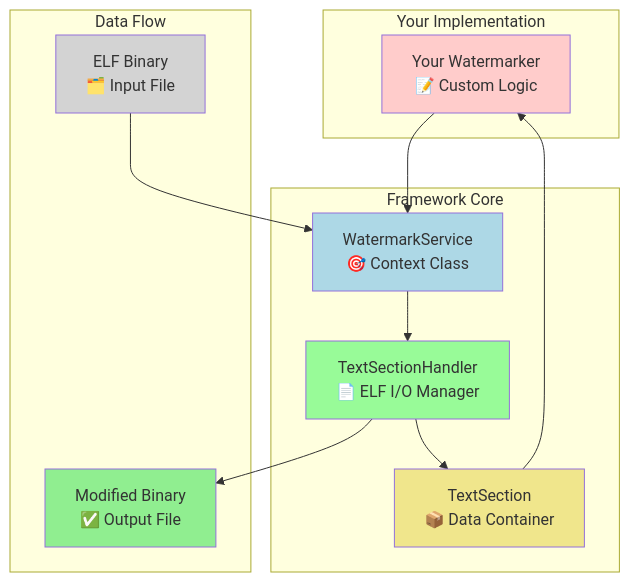
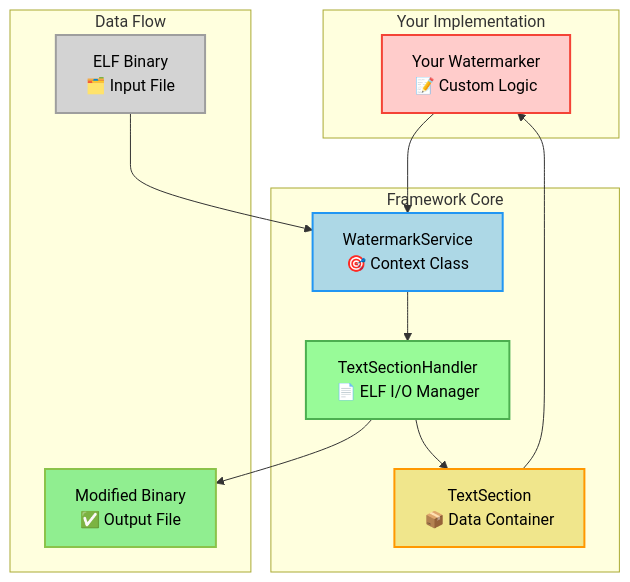
The second of 3 diagrams in docs/HowToWatermarker.md (ylab-nsu/ws25-watermark), drawn with Mermaid before and after one commit. The commit also changed other lines of this file and 2 other files, not shown here.

````diff
--- a/docs/HowToWatermarker.md
+++ b/docs/HowToWatermarker.md
@@ -44,31 +48,37 @@
 ```mermaid
 graph TD
     subgraph "Your Implementation"
         YW[Your Watermarker<br/>📝 Custom Logic]
     end
     
     subgraph "Framework Core"
         WS[WatermarkService<br/>🎯 Context Class]
         TSH[TextSectionHandler<br/>📄 ELF I/O Manager]
         TS[TextSection<br/>📦 Data Container]
     end
     
     subgraph "Data Flow"
         ELF[ELF Binary<br/>🗂️ Input File]
         OUTPUT[Modified Binary<br/>✅ Output File]
     end
     
     ELF --> WS
     TSH --> TS
     TS --> YW
     YW --> WS
     WS --> TSH
     TSH --> OUTPUT
     
-    style YW fill:#ffcccb
-    style WS fill:#add8e6
-    style TSH fill:#98fb98
-    style TS fill:#f0e68c
-    style ELF fill:#d3d3d3
-    style OUTPUT fill:#90ee90
+    style YW fill:#ffcccb, color:#000
+    style WS fill:#add8e6, color:#000
+    style TSH fill:#98fb98, color:#000
+    style TS fill:#f0e68c, color:#000
+    style ELF fill:#d3d3d3, color:#000
+    style OUTPUT fill:#90ee90, color:#000
+    style YW stroke:#f44336, stroke-width:2px
+    style WS stroke:#2196f3, stroke-width:2px
+    style TSH stroke:#4caf50, stroke-width:2px
+    style TS stroke:#ff9800, stroke-width:2px
+    style ELF stroke:#9e9e9e, stroke-width:2px
+    style OUTPUT stroke:#8bc34a, stroke-width:2px
 ```
````
